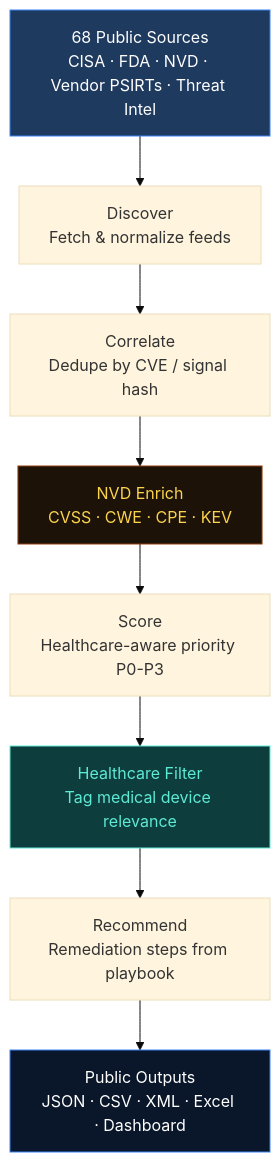
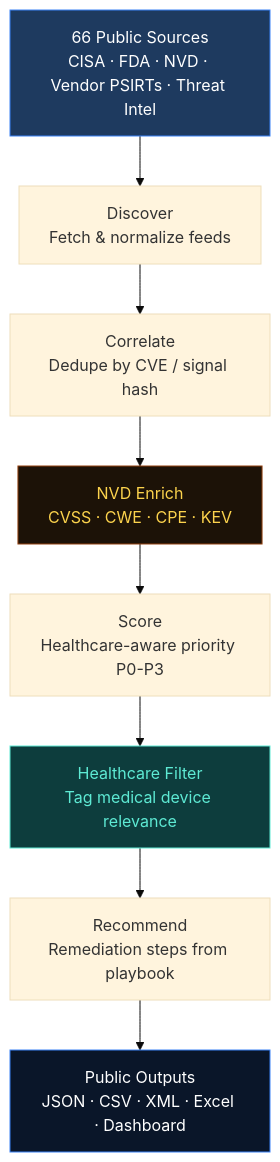
The diagram in README.md (travisfunk/advisoryops), drawn with Mermaid (base theme) before and after one commit. The commit also changed other lines of this file and 5 other files, not shown here.

````diff
--- a/README.md
+++ b/README.md
@@ -105,15 +105,15 @@
 ```mermaid
 flowchart TD
-    A[68 Public Sources<br/>CISA · FDA · NVD · Vendor PSIRTs · Threat Intel] --> B[Discover<br/>Fetch & normalize feeds]
+    A[66 Public Sources<br/>CISA · FDA · NVD · Vendor PSIRTs · Threat Intel] --> B[Discover<br/>Fetch & normalize feeds]
     B --> C[Correlate<br/>Dedupe by CVE / signal hash]
     C --> D[NVD Enrich<br/>CVSS · CWE · CPE · KEV]
     D --> E[Score<br/>Healthcare-aware priority P0-P3]
     E --> F[Healthcare Filter<br/>Tag medical device relevance]
     F --> G[Recommend<br/>Remediation steps from playbook]
     G --> H[Public Outputs<br/>JSON · CSV · XML · Excel · Dashboard]
     
     style A fill:#1e3a5f,stroke:#3b82f6,color:#fff
     style D fill:#1c1207,stroke:#92400e,color:#fcd34d
     style F fill:#0d3d3d,stroke:#5eead4,color:#5eead4
     style H fill:#0a1629,stroke:#3b82f6,color:#fff
 ```
````
